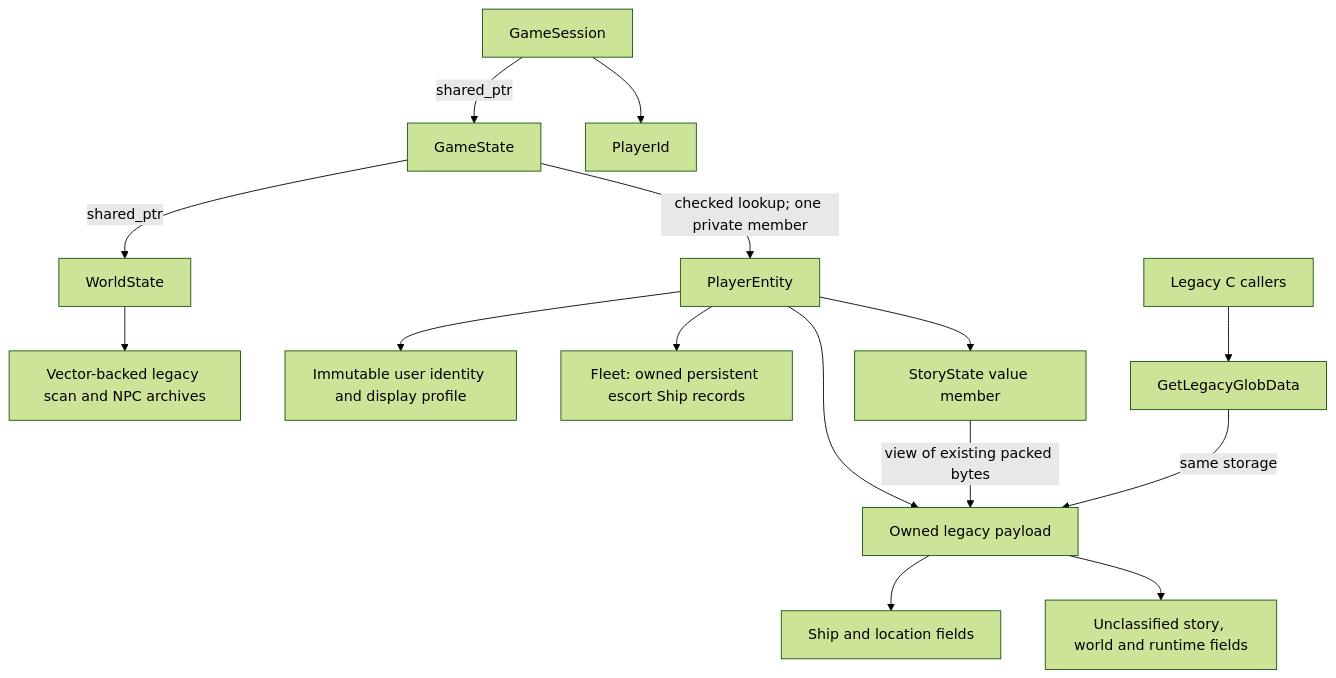
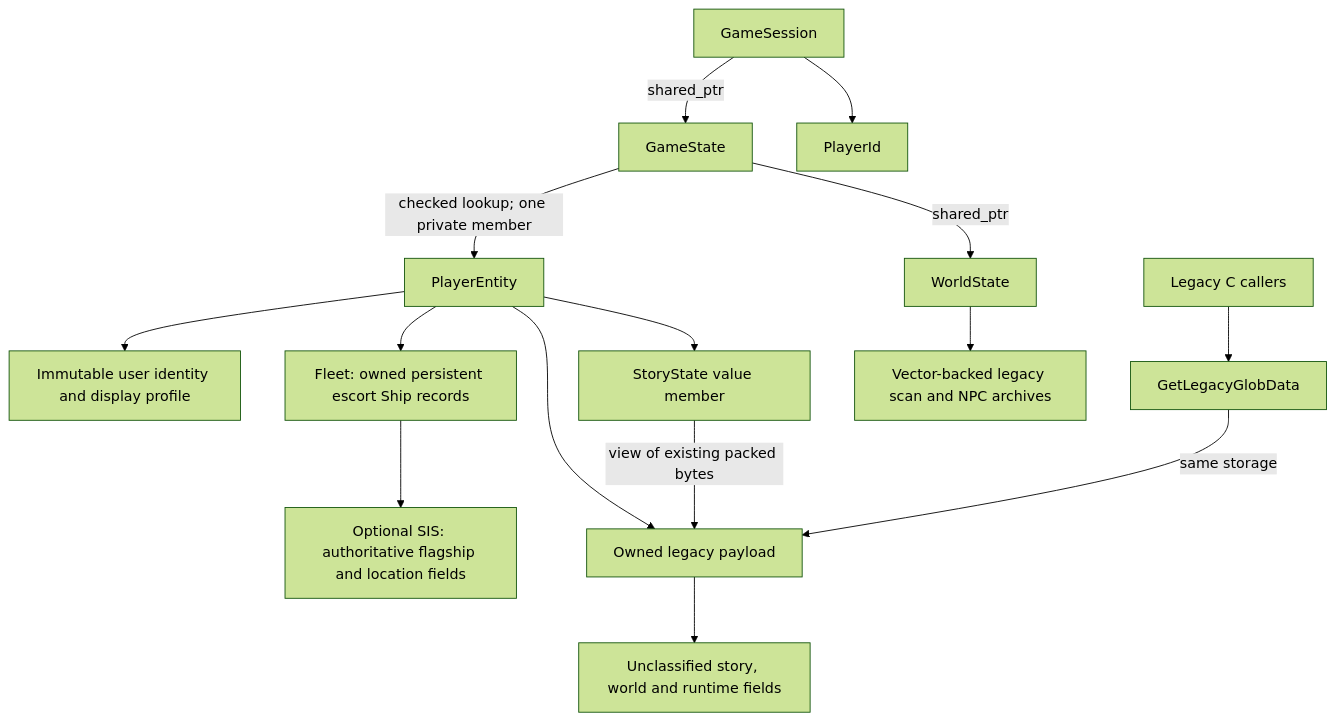
The diagram in docs/game-state.md (yost-jacob/uqm-cpp17), drawn with Mermaid (forest theme) before and after one commit. The commit also changed other lines of this file and 36 other files, not shown here.

Commit message:
Own optional SIS in Fleet and configure native projectile factories from its loadout

````diff
--- a/docs/game-state.md
+++ b/docs/game-state.md
@@ -9,17 +9,17 @@
 ```mermaid
 flowchart TD
     Session[GameSession] -->|shared_ptr| State[GameState]
     Session --> ID[PlayerId]
     State -->|checked lookup; one private member| Player[PlayerEntity]
     State -->|shared_ptr| World[WorldState]
     World --> Archives[Vector-backed legacy scan and NPC archives]
     Player --> Profile[Immutable user identity and display profile]
     Player --> Fleet[Fleet: owned persistent escort Ship records]
     Player --> Storage[Owned legacy payload]
     Player --> Story[StoryState value member]
     Story -->|view of existing packed bytes| Storage
-    Storage --> Ship[Ship and location fields]
+    Fleet --> SIS[Optional SIS: authoritative flagship and location fields]
     Storage --> Mixed[Unclassified story, world and runtime fields]
     C[Legacy C callers] --> Adapter[GetLegacyGlobData]
     Adapter -->|same storage| Storage
 ```
````
